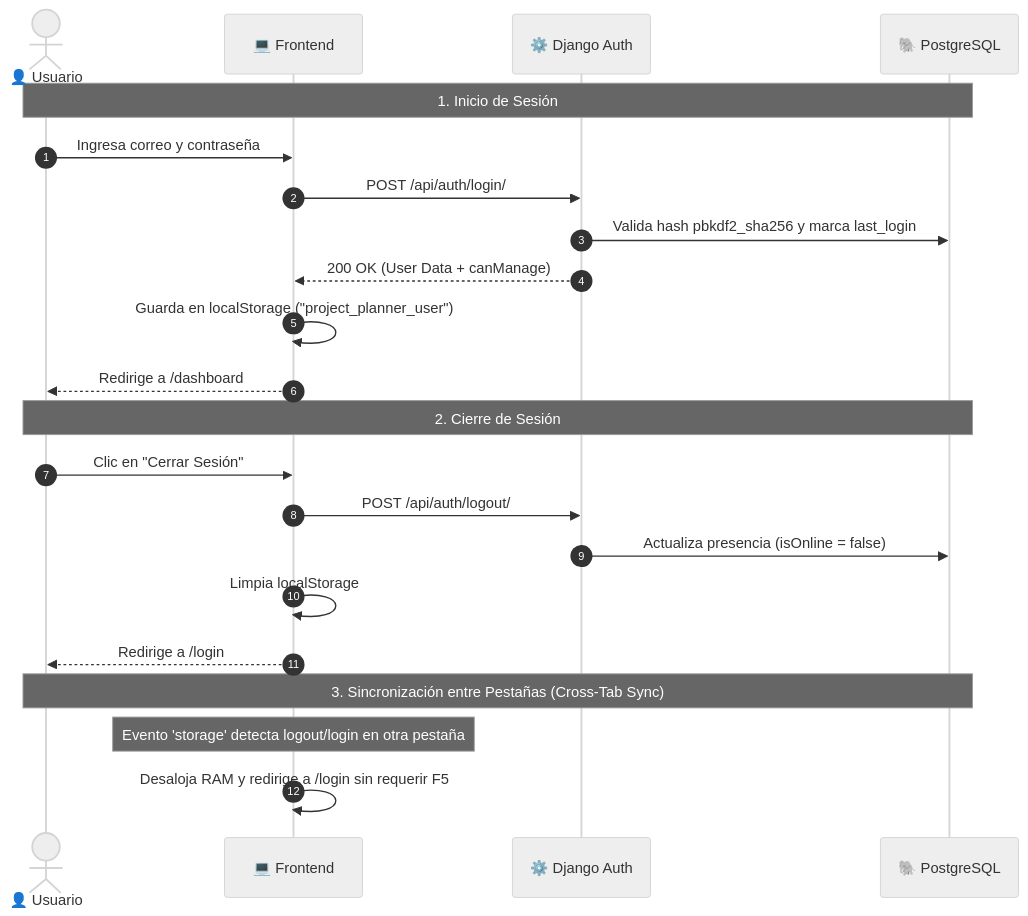
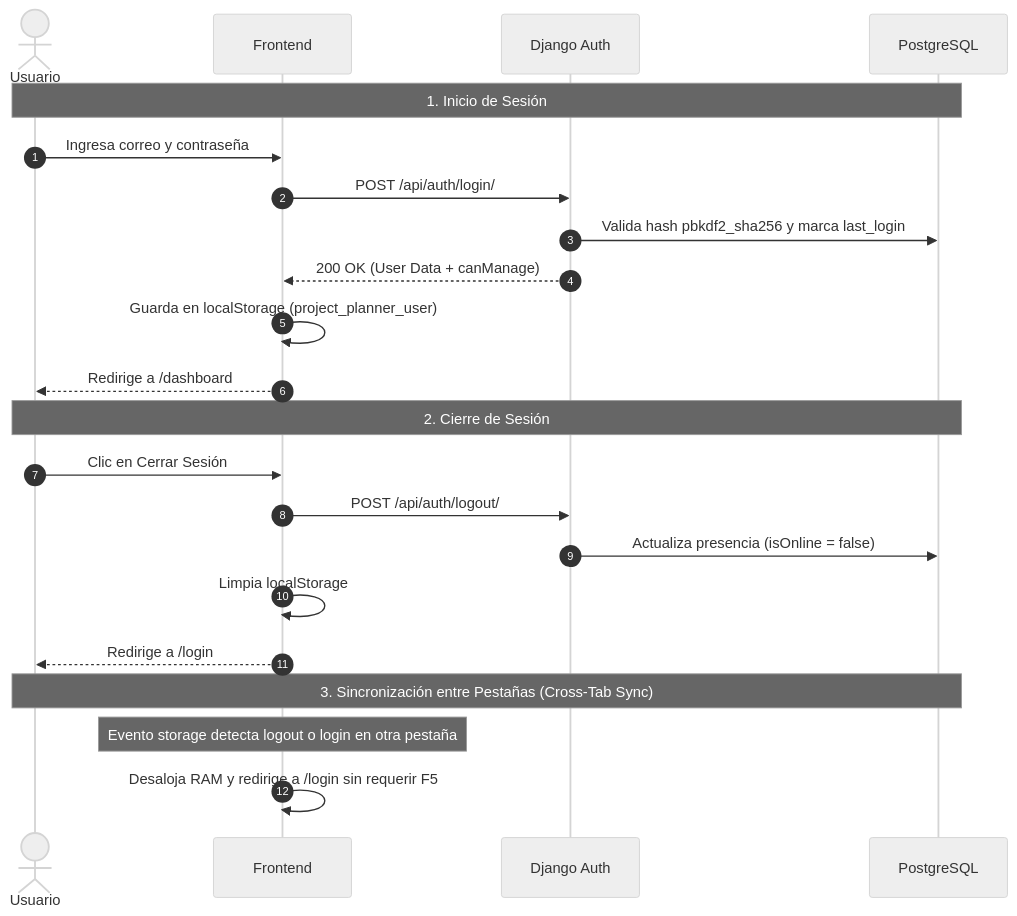
One commit to CruzRonaldo/project-planner changed the diagram in docs/modules/01-autenticacion-y-seguridad.md. Above: the diagram before and after it, drawn with Mermaid (neutral theme). The commit also changed 36 other files, not shown here.

````diff
--- a/docs/modules/01-autenticacion-y-seguridad.md
+++ b/docs/modules/01-autenticacion-y-seguridad.md
@@ -40,27 +40,27 @@
 ```mermaid
 sequenceDiagram
     autonumber
-    actor U as 👤 Usuario
-    participant UI as 💻 Frontend
-    participant API as ⚙️ Django Auth
-    participant DB as 🐘 PostgreSQL
+    actor U as Usuario
+    participant UI as Frontend
+    participant API as Django Auth
+    participant DB as PostgreSQL
 
     Note over U,DB: 1. Inicio de Sesión
     U->>UI: Ingresa correo y contraseña
     UI->>API: POST /api/auth/login/
     API->>DB: Valida hash pbkdf2_sha256 y marca last_login
     API-->>UI: 200 OK (User Data + canManage)
-    UI->>UI: Guarda en localStorage ("project_planner_user")
+    UI->>UI: Guarda en localStorage (project_planner_user)
     UI-->>U: Redirige a /dashboard
 
     Note over U,DB: 2. Cierre de Sesión
-    U->>UI: Clic en "Cerrar Sesión"
+    U->>UI: Clic en Cerrar Sesión
     UI->>API: POST /api/auth/logout/
     API->>DB: Actualiza presencia (isOnline = false)
     UI->>UI: Limpia localStorage
     UI-->>U: Redirige a /login
 
     Note over U,DB: 3. Sincronización entre Pestañas (Cross-Tab Sync)
-    Note over UI: Evento 'storage' detecta logout/login en otra pestaña
+    Note over UI: Evento storage detecta logout o login en otra pestaña
     UI->>UI: Desaloja RAM y redirige a /login sin requerir F5
 ```
````
